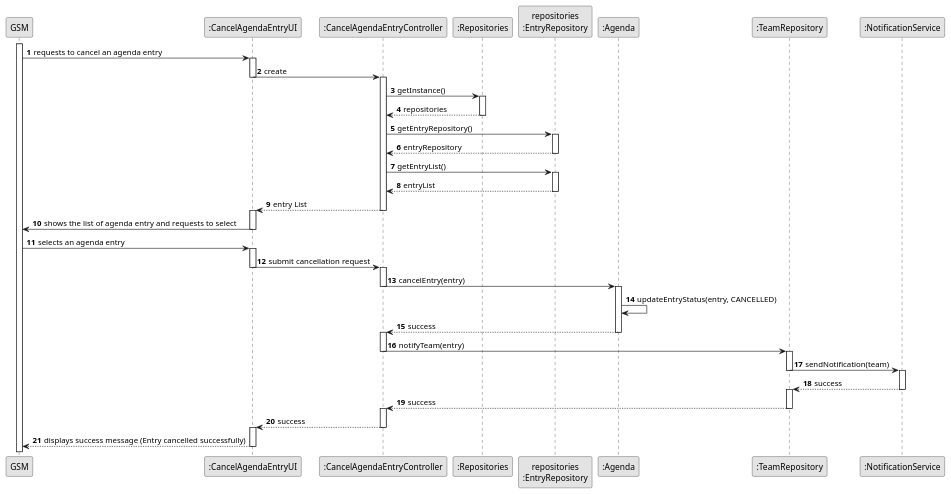
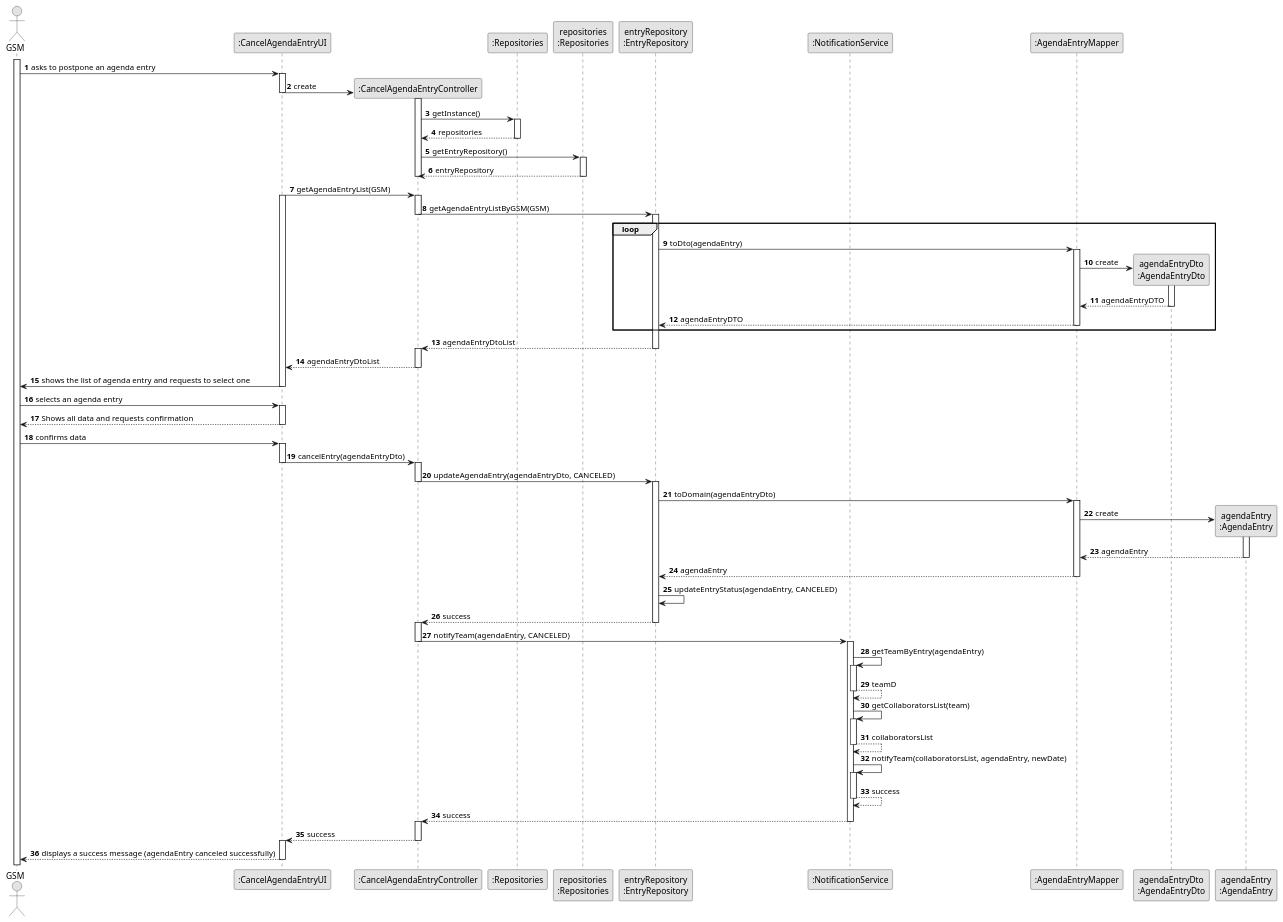
Before and after one commit to ricardomm7/leaflink: the diagram in docs/sprintC/us025/03.design/puml/us025-sequence-diagram-full.puml, drawn with PlantUML. The commit also changed 5 other files, not shown here.

```diff
--- a/docs/sprintC/us025/03.design/puml/us025-sequence-diagram-full.puml
+++ b/docs/sprintC/us025/03.design/puml/us025-sequence-diagram-full.puml
@@ -1,91 +1,150 @@
 @startuml
 skinparam monochrome true
 skinparam packageStyle rectangle
 skinparam shadowing false
 
-'title System Sequence Diagram (SSD) - US006
-
 autonumber
 
-participant "GSM" as GSM
+actor "GSM" as GSM
 participant ":CancelAgendaEntryUI" as UI
 participant ":CancelAgendaEntryController" as CTRL
 participant ":Repositories" as RepositorySingleton
-participant "repositories\n:EntryRepository" as EntryRepo
-participant ":Agenda" as Agenda
-participant ":TeamRepository" as TeamRepo
+participant "repositories\n:Repositories" as PLAT
+participant "entryRepository\n:EntryRepository" as EntryRepo
 participant ":NotificationService" as NotificationService
+participant ":AgendaEntryMapper" as AgendaEntryMapper
+participant "agendaEntryDto\n:AgendaEntryDto" as AgendaEntryDto
+participant "agendaEntry\n:AgendaEntry" as AgendaEntry
+
+
 
 activate GSM
-    GSM -> UI : requests to cancel an agenda entry
+
+    GSM -> UI : asks to postpone an agenda entry
     activate UI
 
-       UI -> CTRL : create
-       deactivate UI
-       activate CTRL
+        UI -> CTRL **: create
+        deactivate UI
+        activate CTRL
 
-           CTRL -> RepositorySingleton : getInstance()
-           activate RepositorySingleton
+            CTRL -> RepositorySingleton : getInstance()
+            activate RepositorySingleton
 
-               RepositorySingleton --> CTRL : repositories
-           deactivate RepositorySingleton
+                RepositorySingleton --> CTRL : repositories
+            deactivate RepositorySingleton
 
-           CTRL -> EntryRepo : getEntryRepository()
-           activate EntryRepo
+            CTRL -> PLAT : getEntryRepository()
+            activate PLAT
 
-               EntryRepo --> CTRL : entryRepository
-           deactivate EntryRepo
+                PLAT --> CTRL : entryRepository
+            deactivate PLAT
 
-           CTRL -> EntryRepo :getEntryList()
-           activate EntryRepo
+             deactivate CTRL
 
-           EntryRepo --> CTRL : entryList
-           deactivate EntryRepo
+        deactivate UI
 
-           CTRL --> UI : entry List
-       deactivate CTRL
-       activate UI
+        UI -> CTRL: getAgendaEntryList(GSM)
+        activate UI
+        activate CTRL
 
-        UI -> GSM : shows the list of agenda entry and requests to select
+            CTRL -> EntryRepo: getAgendaEntryListByGSM(GSM)
+            deactivate CTRL
+            activate EntryRepo
+
+            loop
+
+            EntryRepo -> AgendaEntryMapper : toDto(agendaEntry)
+            activate AgendaEntryMapper
+
+                AgendaEntryMapper -> AgendaEntryDto** : create
+                activate AgendaEntryDto
+
+                AgendaEntryDto --> AgendaEntryMapper : agendaEntryDTO
+                deactivate AgendaEntryDto
+
+            AgendaEntryMapper --> EntryRepo : agendaEntryDTO
+            deactivate AgendaEntryMapper
+            end
+
+            EntryRepo --> CTRL : agendaEntryDtoList
+            deactivate EntryRepo
+            activate CTRL
+
+            CTRL --> UI : agendaEntryDtoList
+        deactivate CTRL
+
+        UI -> GSM : shows the list of agenda entry and requests to select one
     deactivate UI
 
     GSM -> UI : selects an agenda entry
     activate UI
 
-        UI -> CTRL : submit cancellation request
+    UI --> GSM : Shows all data and requests confirmation
+    deactivate UI
+
+    GSM -> UI: confirms data
+    activate UI
+
+        UI -> CTRL : cancelEntry(agendaEntryDto)
         deactivate UI
         activate CTRL
 
-            CTRL -> Agenda : cancelEntry(entry)
+
+            CTRL -> EntryRepo : updateAgendaEntry(agendaEntryDto, CANCELED)
             deactivate CTRL
-            activate Agenda
+            activate EntryRepo
 
-                Agenda -> Agenda : updateEntryStatus(entry, CANCELLED)
+            EntryRepo -> AgendaEntryMapper : toDomain(agendaEntryDto)
+            activate AgendaEntryMapper
 
-                Agenda --> CTRL : success
-            deactivate Agenda
+
+                AgendaEntryMapper -> AgendaEntry** : create
+                activate AgendaEntry
+
+                AgendaEntry --> AgendaEntryMapper : agendaEntry
+                deactivate AgendaEntry
+
+
+            AgendaEntryMapper --> EntryRepo : agendaEntry
+            deactivate AgendaEntryMapper
+
+                EntryRepo -> EntryRepo : updateEntryStatus(agendaEntry, CANCELED)
+
+            EntryRepo --> CTRL : success
+            deactivate EntryRepo
             activate CTRL
 
-            CTRL -> TeamRepo : notifyTeam(entry)
+            CTRL -> NotificationService : notifyTeam(agendaEntry, CANCELED)
             deactivate CTRL
-            activate TeamRepo
+            activate NotificationService
 
-                TeamRepo -> NotificationService : sendNotification(team)
-                deactivate TeamRepo
+                NotificationService -> NotificationService : getTeamByEntry(agendaEntry)
                 activate NotificationService
 
-                    NotificationService --> TeamRepo : success
+                NotificationService --> NotificationService : teamD
                 deactivate NotificationService
-                activate TeamRepo
 
-            TeamRepo --> CTRL : success
-            deactivate TeamRepo
-            activate CTRL
+                NotificationService -> NotificationService : getCollaboratorsList(team)
+                activate NotificationService
 
-            CTRL --> UI : success
-        deactivate CTRL
-        activate UI
+                NotificationService --> NotificationService : collaboratorsList
+                deactivate NotificationService
 
-        UI --> GSM : displays success message (Entry cancelled successfully)
-    deactivate UI
+                NotificationService -> NotificationService : notifyTeam(collaboratorsList, agendaEntry, newDate)
+                activate NotificationService
+
+                NotificationService --> NotificationService : success
+                deactivate NotificationService
+
+                NotificationService --> CTRL : success
+                deactivate NotificationService
+        activate CTRL
+
+        CTRL --> UI : success
+    deactivate CTRL
+    activate UI
+
+    UI --> GSM : displays a success message (agendaEntry canceled successfully)
+deactivate UI
+
 @enduml
```
